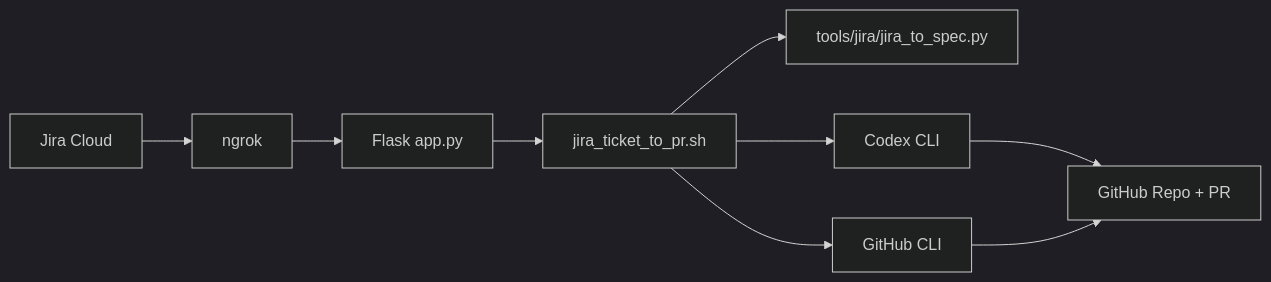
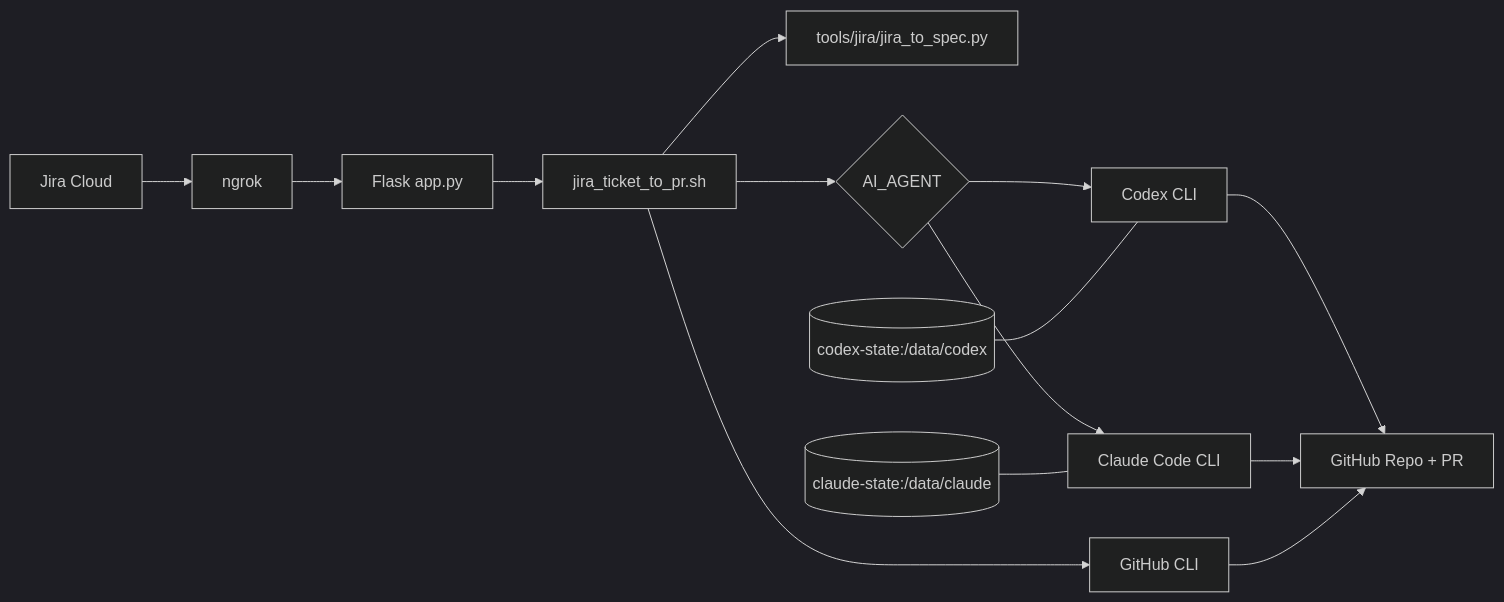
One commit to RDK995/JiraWorkflowAutomation changed the second of 2 diagrams in README.md. Above: the diagram before and after it, drawn with Mermaid (dark theme). The commit also changed other lines of this file and 15 other files, not shown here.

First line of the commit message:
feat: Add Sign in with Claude flow and fix verification timeout

````diff
--- a/README.md
+++ b/README.md
@@ -36,11 +36,16 @@
 ```mermaid
 flowchart LR
     Jira[Jira Cloud] --> Ngrok[ngrok]
     Ngrok --> App[Flask app.py]
     App --> Workflow[jira_ticket_to_pr.sh]
     Workflow --> JiraSpec[tools/jira/jira_to_spec.py]
-    Workflow --> Codex[Codex CLI]
+    Workflow --> Agent{AI_AGENT}
+    Agent --> Codex[Codex CLI]
+    Agent --> Claude[Claude Code CLI]
     Workflow --> GH[GitHub CLI]
     Codex --> Repo[GitHub Repo + PR]
+    Claude --> Repo
     GH --> Repo
+    VolCodex[(codex-state:/data/codex)] --- Codex
+    VolClaude[(claude-state:/data/claude)] --- Claude
 ```
````
